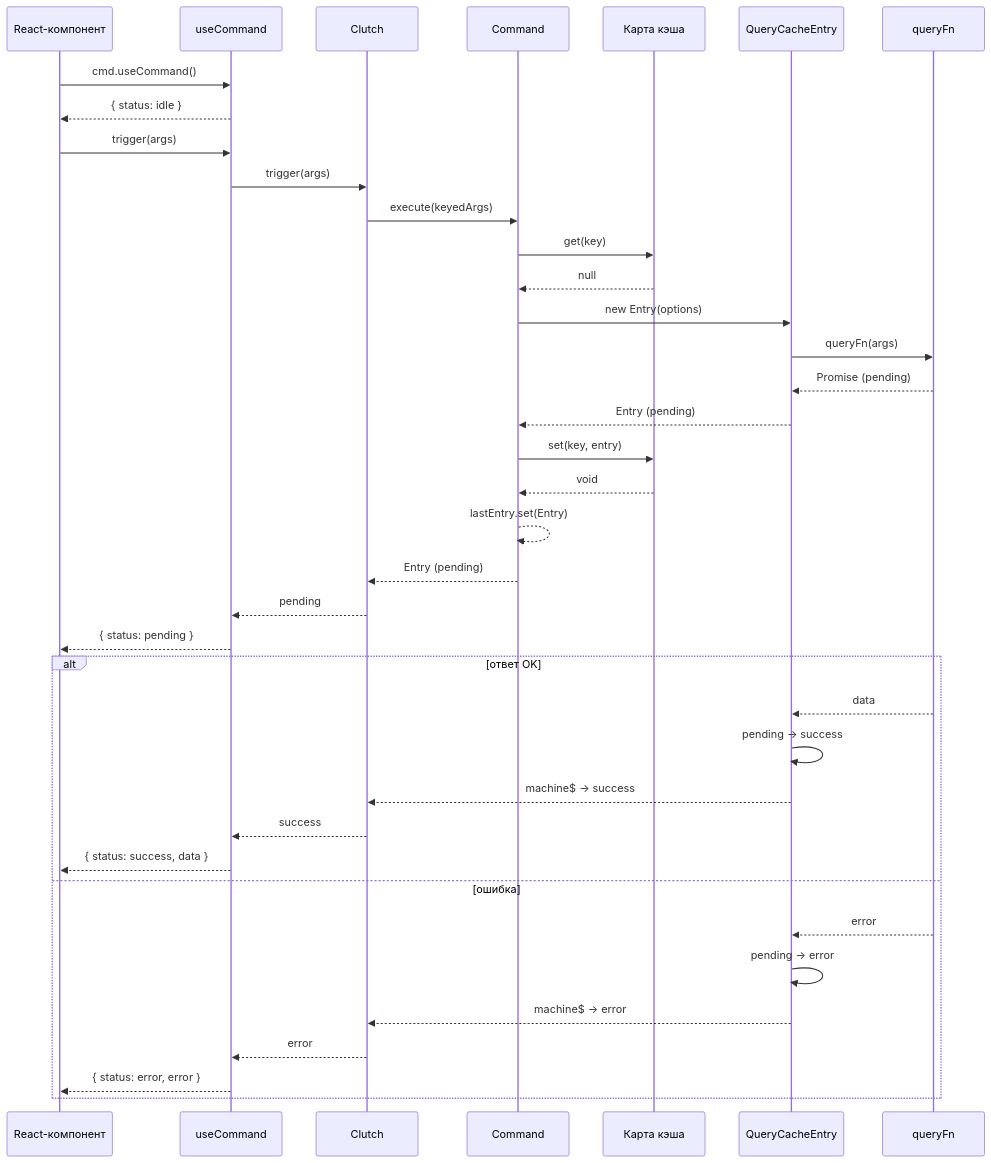
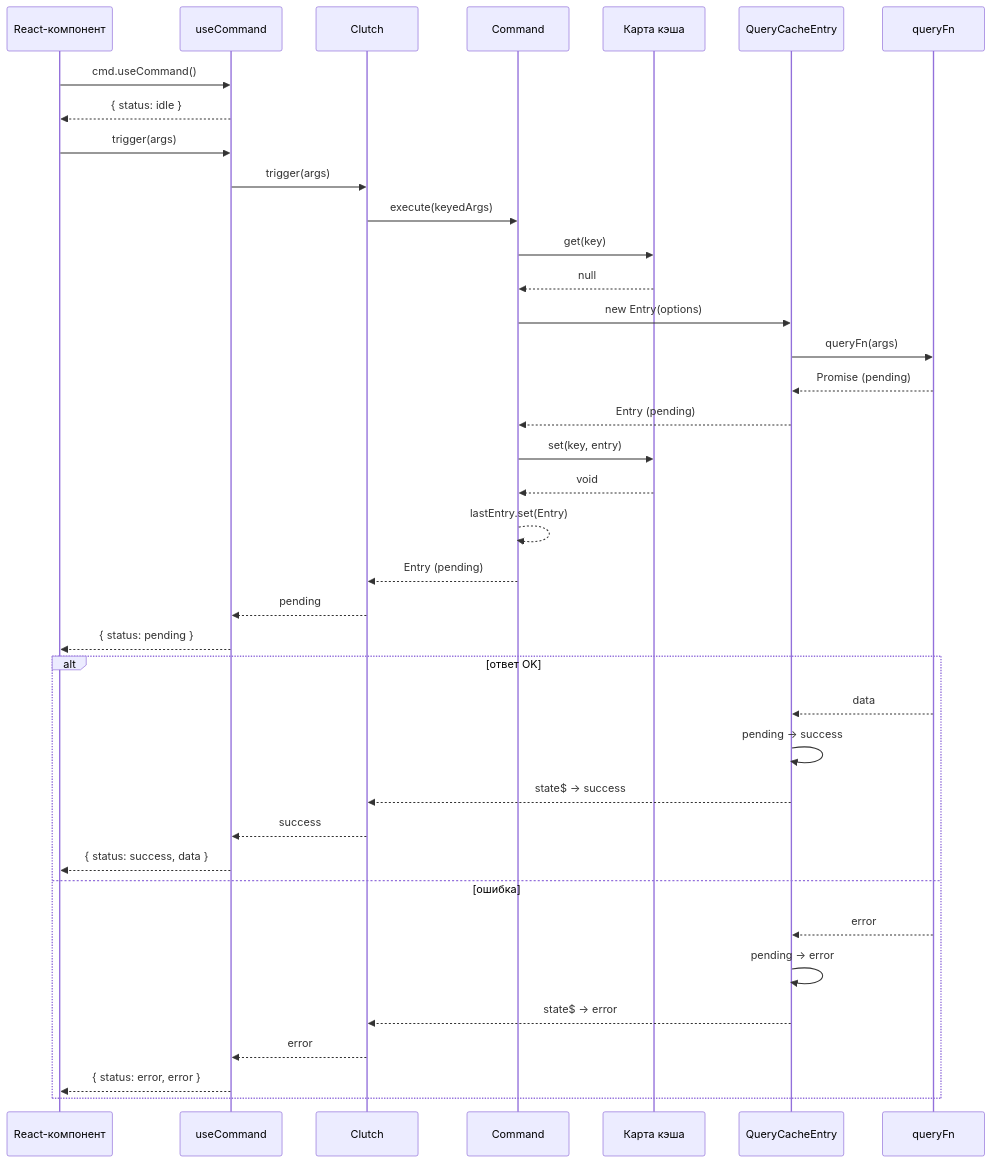
The seventh of 10 diagrams in docs/query/concepts/dataflows.md (fozy-labs/rx-toolkit), drawn with Mermaid before and after one commit. The commit also changed other lines of this file and 71 other files, not shown here.

````diff
--- a/docs/query/concepts/dataflows.md
+++ b/docs/query/concepts/dataflows.md
@@ -257,44 +257,44 @@
 ```mermaid
 sequenceDiagram
     participant UI as React-компонент
     participant Hook as useCommand
     participant Clutch as Clutch
     participant Cmd as Command
     participant Cache as Карта кэша
     participant Entry as QueryCacheEntry
     participant Query as queryFn
 
     UI->>Hook: cmd.useCommand()
     
     Hook-->>UI: { status: idle }
 
     UI->>Hook: trigger(args)
     Hook->>Clutch: trigger(args)
     Clutch->>Cmd: execute(keyedArgs)
     Cmd->>Cache: get(key)
     Cache-->>Cmd: null
     Cmd->>Entry: new Entry(options)
     Entry->>Query: queryFn(args)
     Query-->>Entry: Promise (pending)
     Entry-->>Cmd: Entry (pending)
     Cmd->>Cache: set(key, entry)
     Cache-->>Cmd: void
     Cmd-->>Cmd: lastEntry.set(Entry)
     Cmd-->>Clutch: Entry (pending)
     Clutch-->>Hook: pending
     Hook-->>UI: { status: pending }
 
     alt ответ OK
         Query-->>Entry: data
         Entry->>Entry: pending → success
-        Entry-->>Clutch: machine$ → success
+        Entry-->>Clutch: state$ → success
         Clutch-->>Hook: success
         Hook-->>UI: { status: success, data }
     else ошибка
         Query-->>Entry: error
         Entry->>Entry: pending → error
-        Entry-->>Clutch: machine$ → error
+        Entry-->>Clutch: state$ → error
         Clutch-->>Hook: error
         Hook-->>UI: { status: error, error }
     end
 ```
````
